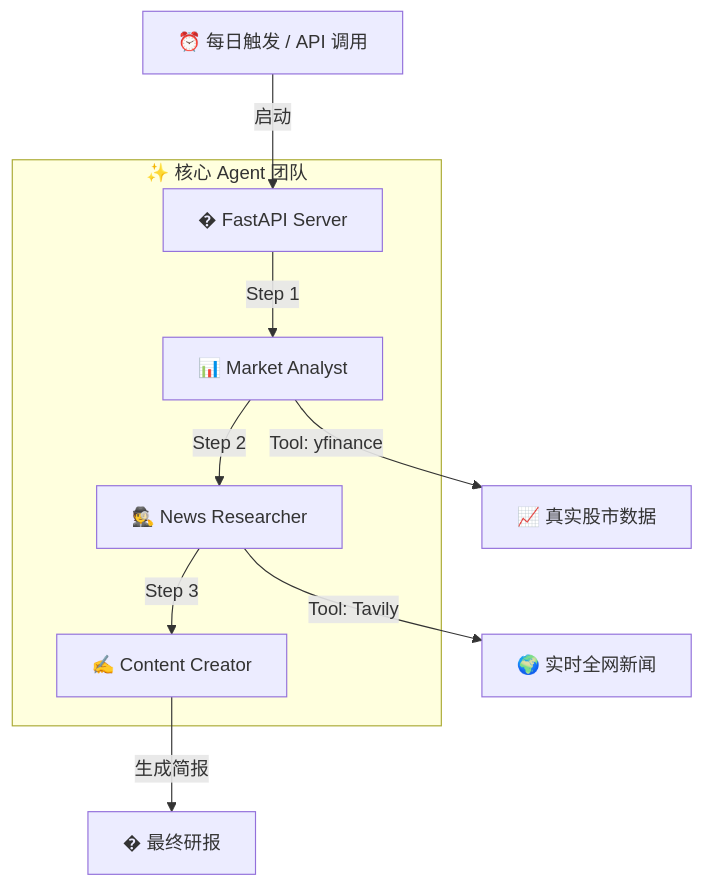
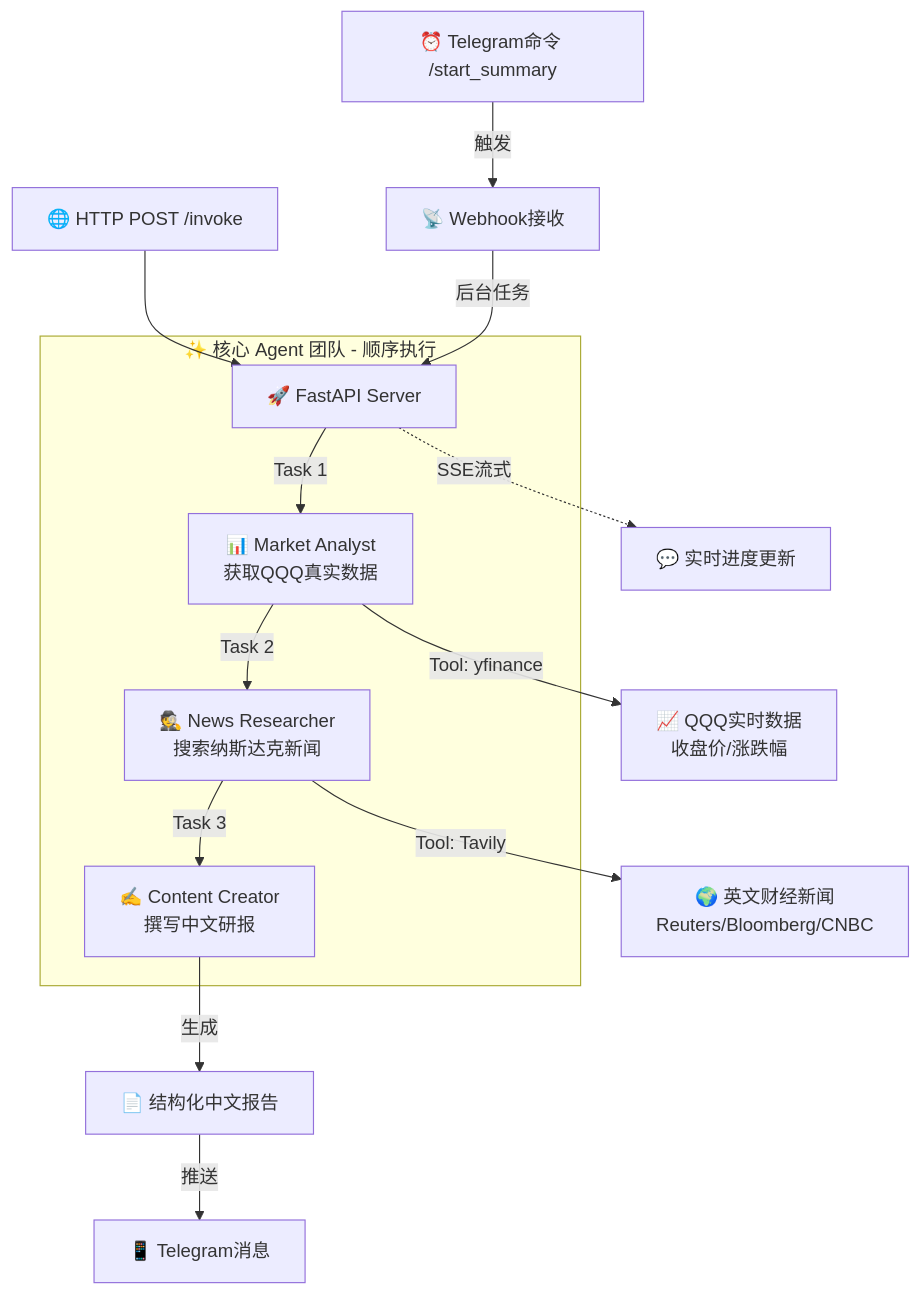
Before and after one commit to CaiusLuo/Connect-to-QQQ100-index-agent: the diagram in README.md, drawn with Mermaid. The commit also changed other lines of this file and 7 other files, not shown here.

````diff
--- a/README.md
+++ b/README.md
@@ -27,15 +32,21 @@
 ```mermaid
 graph TD
-    Start[⏰ 每日触发 / API 调用] --> |启动| Server[� FastAPI Server]
-    
-    subgraph Team [✨ 核心 Agent 团队]
-        Server --> |Step 1| Analyst[📊 Market Analyst]
-        Analyst --> |Step 2| Researcher[🕵️ News Researcher]
-        Researcher --> |Step 3| Writer[✍️ Content Creator]
+    Start[⏰ Telegram命令 /start_summary] --> |触发| Webhook[📡 Webhook接收]
+    API[🌐 HTTP POST /invoke] --> Server
+
+    Webhook --> |后台任务| Server[🚀 FastAPI Server]
+
+    subgraph Team [✨ 核心 Agent 团队 - 顺序执行]
+        Server --> |Task 1| Analyst[📊 Market Analyst<br/>获取QQQ真实数据]
+        Analyst --> |Task 2| Researcher[🕵️ News Researcher<br/>搜索纳斯达克新闻]
+        Researcher --> |Task 3| Writer[✍️ Content Creator<br/>撰写中文研报]
     end
 
-    Analyst --> |Tool: yfinance| Data[📈 真实股市数据]
-    Researcher --> |Tool: Tavily| News[🌍 实时全网新闻]
-    
-    Writer --> |生成简报| Final[� 最终研报]
+    Analyst --> |Tool: yfinance| Data[📈 QQQ实时数据<br/>收盘价/涨跌幅]
+    Researcher --> |Tool: Tavily| News[🌍 英文财经新闻<br/>Reuters/Bloomberg/CNBC]
+
+    Writer --> |生成| Final[📄 结构化中文报告]
+    Final --> |推送| TG[📱 Telegram消息]
+
+    Server -.->|SSE流式| Stream[💬 实时进度更新]
 ```
````
